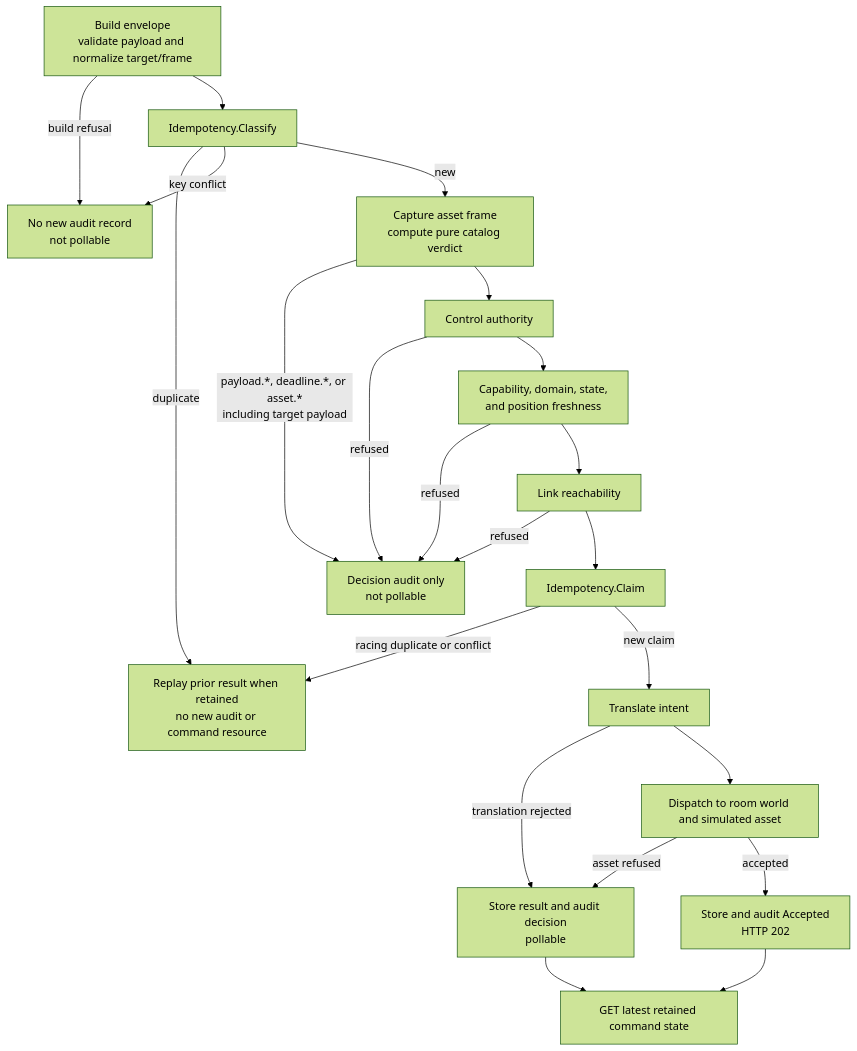
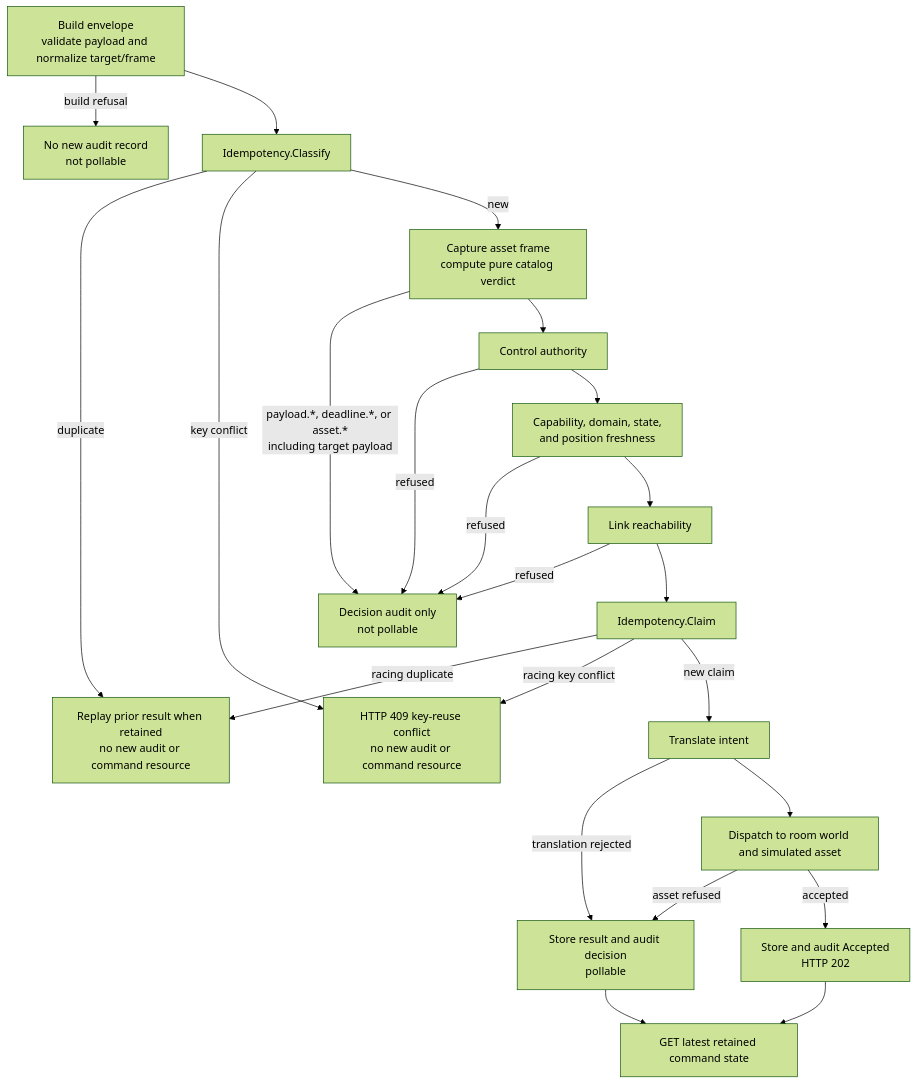
Before and after one commit to resq-software/viz: the diagram in README.md, drawn with Mermaid (forest theme).

Commit message:
docs: distinguish idempotency race outcomes

````diff
--- a/README.md
+++ b/README.md
@@ -207,24 +207,25 @@
 ```mermaid
 flowchart TD
     A[Build envelope<br/>validate payload and normalize target/frame] -->|build refusal| E[No new audit record<br/>not pollable]
     A --> B[Idempotency.Classify]
     B -->|duplicate| D[Replay prior result when retained<br/>no new audit or command resource]
-    B -->|key conflict| E
+    B -->|key conflict| Q[HTTP 409 key-reuse conflict<br/>no new audit or command resource]
     B -->|new| C[Capture asset frame<br/>compute pure catalog verdict]
     C -->|payload.*, deadline.*, or asset.*<br/>including target payload| F[Decision audit only<br/>not pollable]
     C --> G[Control authority]
     G -->|refused| F
     G --> H[Capability, domain, state,<br/>and position freshness]
     H -->|refused| F
     H --> I[Link reachability]
     I -->|refused| F
     I --> J[Idempotency.Claim]
-    J -->|racing duplicate or conflict| D
+    J -->|racing duplicate| D
+    J -->|racing key conflict| Q
     J -->|new claim| K[Translate intent]
     K -->|translation rejected| L[Store result and audit decision<br/>pollable]
     K --> M[Dispatch to room world and simulated asset]
     M -->|asset refused| L
     M -->|accepted| N[Store and audit Accepted<br/>HTTP 202]
     N --> O[GET latest retained command state]
     L --> O
 ```
````
